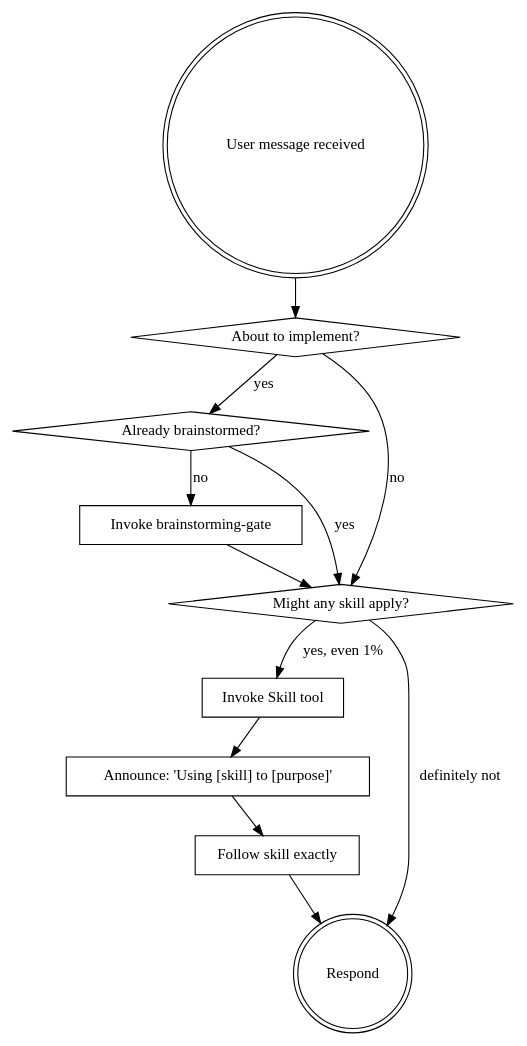
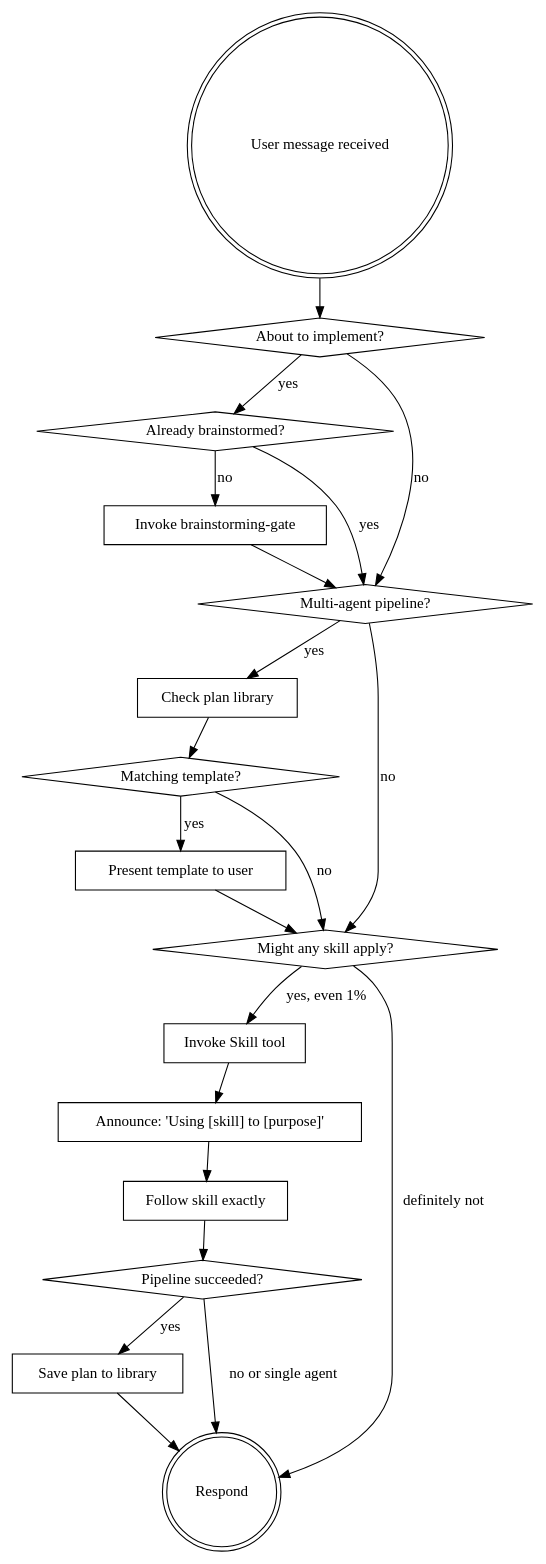
Before and after one commit to Hellblazer/nexus: the diagram in nx/skills/using-nx-skills/SKILL.md, drawn with Graphviz. The commit also changed other lines of this file and 11 other files, not shown here.

First line of the commit message:
feat(RDR-058): Pipeline orchestration — retire orchestrator, add plan library templates (#132)

````diff
--- a/nx/skills/using-nx-skills/SKILL.md
+++ b/nx/skills/using-nx-skills/SKILL.md
@@ -23,25 +23,40 @@
 ```dot
 digraph skill_flow {
     "User message received" [shape=doublecircle];
     "About to implement?" [shape=diamond];
     "Already brainstormed?" [shape=diamond];
     "Invoke brainstorming-gate" [shape=box];
+    "Multi-agent pipeline?" [shape=diamond];
+    "Check plan library" [shape=box];
+    "Matching template?" [shape=diamond];
+    "Present template to user" [shape=box];
     "Might any skill apply?" [shape=diamond];
     "Invoke Skill tool" [shape=box];
     "Announce: 'Using [skill] to [purpose]'" [shape=box];
     "Follow skill exactly" [shape=box];
+    "Pipeline succeeded?" [shape=diamond];
+    "Save plan to library" [shape=box];
     "Respond" [shape=doublecircle];
 
     "User message received" -> "About to implement?";
     "About to implement?" -> "Already brainstormed?" [label="yes"];
-    "About to implement?" -> "Might any skill apply?" [label="no"];
+    "About to implement?" -> "Multi-agent pipeline?" [label="no"];
     "Already brainstormed?" -> "Invoke brainstorming-gate" [label="no"];
-    "Already brainstormed?" -> "Might any skill apply?" [label="yes"];
-    "Invoke brainstorming-gate" -> "Might any skill apply?";
+    "Already brainstormed?" -> "Multi-agent pipeline?" [label="yes"];
+    "Invoke brainstorming-gate" -> "Multi-agent pipeline?";
+    "Multi-agent pipeline?" -> "Check plan library" [label="yes"];
+    "Multi-agent pipeline?" -> "Might any skill apply?" [label="no"];
+    "Check plan library" -> "Matching template?" ;
+    "Matching template?" -> "Present template to user" [label="yes"];
+    "Matching template?" -> "Might any skill apply?" [label="no"];
+    "Present template to user" -> "Might any skill apply?";
     "Might any skill apply?" -> "Invoke Skill tool" [label="yes, even 1%"];
     "Might any skill apply?" -> "Respond" [label="definitely not"];
     "Invoke Skill tool" -> "Announce: 'Using [skill] to [purpose]'";
     "Announce: 'Using [skill] to [purpose]'" -> "Follow skill exactly";
-    "Follow skill exactly" -> "Respond";
+    "Follow skill exactly" -> "Pipeline succeeded?";
+    "Pipeline succeeded?" -> "Save plan to library" [label="yes"];
+    "Pipeline succeeded?" -> "Respond" [label="no or single agent"];
+    "Save plan to library" -> "Respond";
 }
 ```
````
